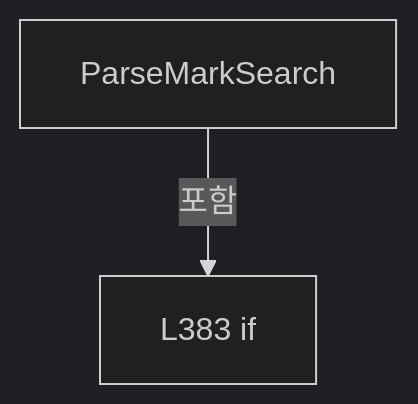
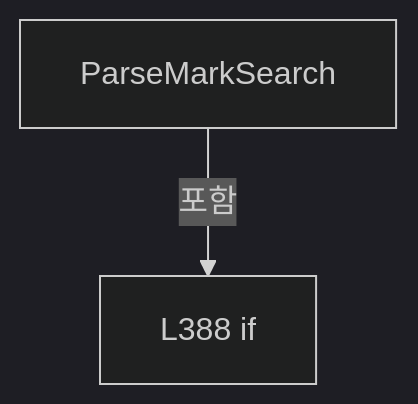
One commit to kjuws10-rgb/Shared changed diagram 13 of 40 in A3 LD Code Ref/files/Drilling.Common/Interface/Vision/CVisionComm.cs.md. Above: the diagram before and after it, drawn with Mermaid (dark theme). The commit also changed other lines of this file and 2071 other files, not shown here.

Commit message:
docs(a3): update 11.19.0 architecture and code reference

````diff
--- a/A3 LD Code Ref/files/Drilling.Common/Interface/Vision/CVisionComm.cs.md
+++ b/A3 LD Code Ref/files/Drilling.Common/Interface/Vision/CVisionComm.cs.md
@@ -1644,6 +1644,6 @@
 ```mermaid
 flowchart TD
  M["ParseMarkSearch"]
- N0["L383 if"]
+ N0["L388 if"]
  M -->|포함| N0
 ```
````
